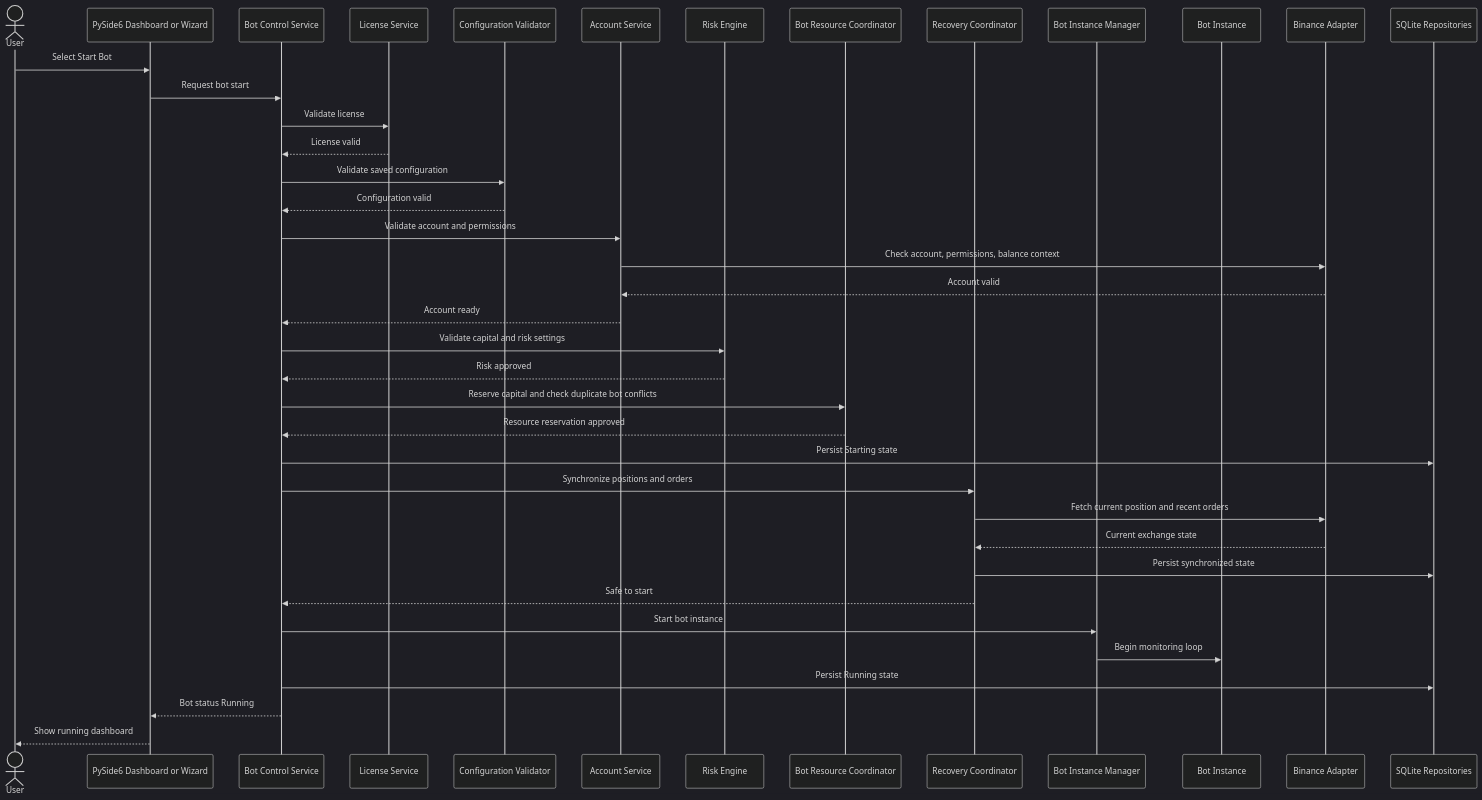
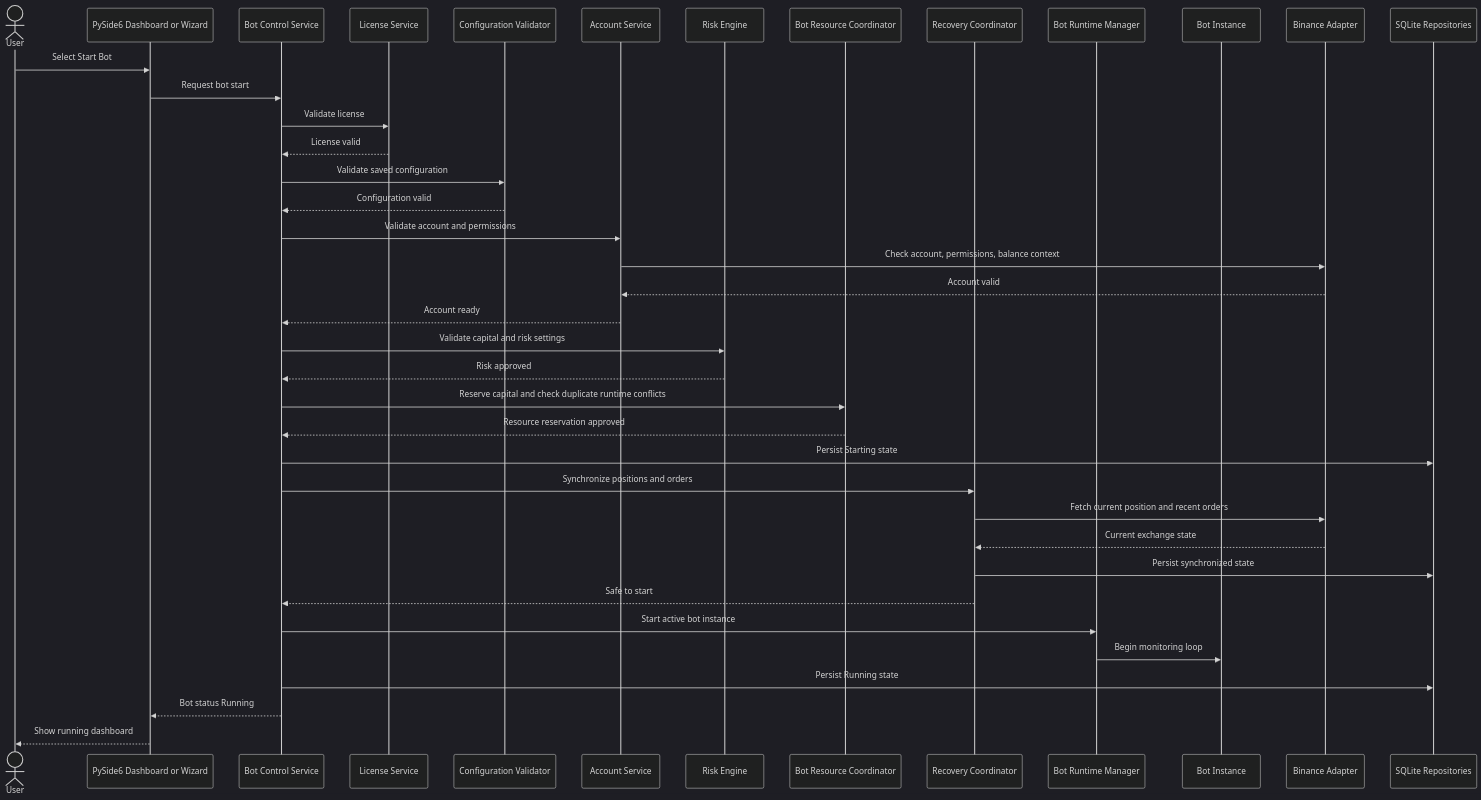
Diagram 19 of 23 in docs/architecture.md (yukasung/tiewtrade), drawn with Mermaid (dark theme) before and after one commit. The commit also changed other lines of this file and 5 other files, not shown here.

Commit message:
Align architecture documentation decisions

````diff
--- a/docs/architecture.md
+++ b/docs/architecture.md
@@ -1514,42 +1848,42 @@
 ```mermaid
 sequenceDiagram
     actor User
     participant UI as PySide6 Dashboard or Wizard
     participant BotControl as Bot Control Service
     participant License as License Service
     participant Config as Configuration Validator
     participant Account as Account Service
     participant Risk as Risk Engine
     participant Resources as Bot Resource Coordinator
     participant Recovery as Recovery Coordinator
-    participant BotManager as Bot Instance Manager
+    participant BotManager as Bot Runtime Manager
     participant Bot as Bot Instance
     participant Exchange as Binance Adapter
     participant Store as SQLite Repositories
 
     User->>UI: Select Start Bot
     UI->>BotControl: Request bot start
     BotControl->>License: Validate license
     License-->>BotControl: License valid
     BotControl->>Config: Validate saved configuration
     Config-->>BotControl: Configuration valid
     BotControl->>Account: Validate account and permissions
     Account->>Exchange: Check account, permissions, balance context
     Exchange-->>Account: Account valid
     Account-->>BotControl: Account ready
     BotControl->>Risk: Validate capital and risk settings
     Risk-->>BotControl: Risk approved
-    BotControl->>Resources: Reserve capital and check duplicate bot conflicts
+    BotControl->>Resources: Reserve capital and check duplicate runtime conflicts
     Resources-->>BotControl: Resource reservation approved
     BotControl->>Store: Persist Starting state
     BotControl->>Recovery: Synchronize positions and orders
     Recovery->>Exchange: Fetch current position and recent orders
     Exchange-->>Recovery: Current exchange state
     Recovery->>Store: Persist synchronized state
     Recovery-->>BotControl: Safe to start
-    BotControl->>BotManager: Start bot instance
+    BotControl->>BotManager: Start active bot instance
     BotManager->>Bot: Begin monitoring loop
     BotControl->>Store: Persist Running state
     BotControl-->>UI: Bot status Running
     UI-->>User: Show running dashboard
 ```
````
